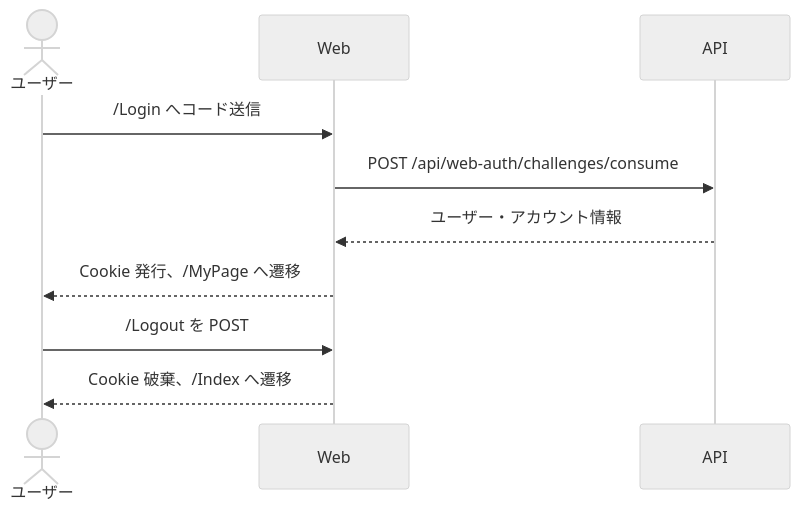
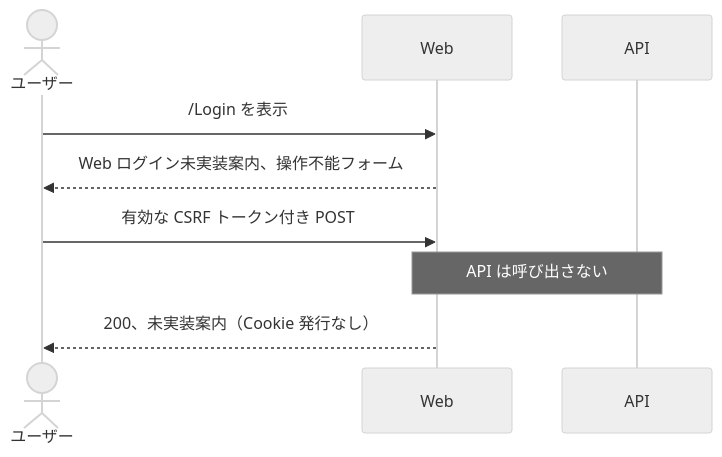
Before and after one commit to maaasu/AstralRecord-Workspace: the diagram in 00_docs/30_WEB設計書/feature/01-web-auth/4-統合フロー/01_4.00-統合フロー.md, drawn with Mermaid (neutral theme). The commit also changed other lines of this file and 36 other files, not shown here.

````diff
--- a/00_docs/30_WEB設計書/feature/01-web-auth/4-統合フロー/01_4.00-統合フロー.md
+++ b/00_docs/30_WEB設計書/feature/01-web-auth/4-統合フロー/01_4.00-統合フロー.md
@@ -3,12 +3,11 @@
 ```mermaid
 sequenceDiagram
     actor User as ユーザー
     participant Web
     participant API
-    User->>Web: /Login へコード送信
-    Web->>API: POST /api/web-auth/challenges/consume
-    API-->>Web: ユーザー・アカウント情報
-    Web-->>User: Cookie 発行、/MyPage へ遷移
-    User->>Web: /Logout を POST
-    Web-->>User: Cookie 破棄、/Index へ遷移
+    User->>Web: /Login を表示
+    Web-->>User: Web ログイン未実装案内、操作不能フォーム
+    User->>Web: 有効な CSRF トークン付き POST
+    Note over Web,API: API は呼び出さない
+    Web-->>User: 200、未実装案内（Cookie 発行なし）
 ```
````
